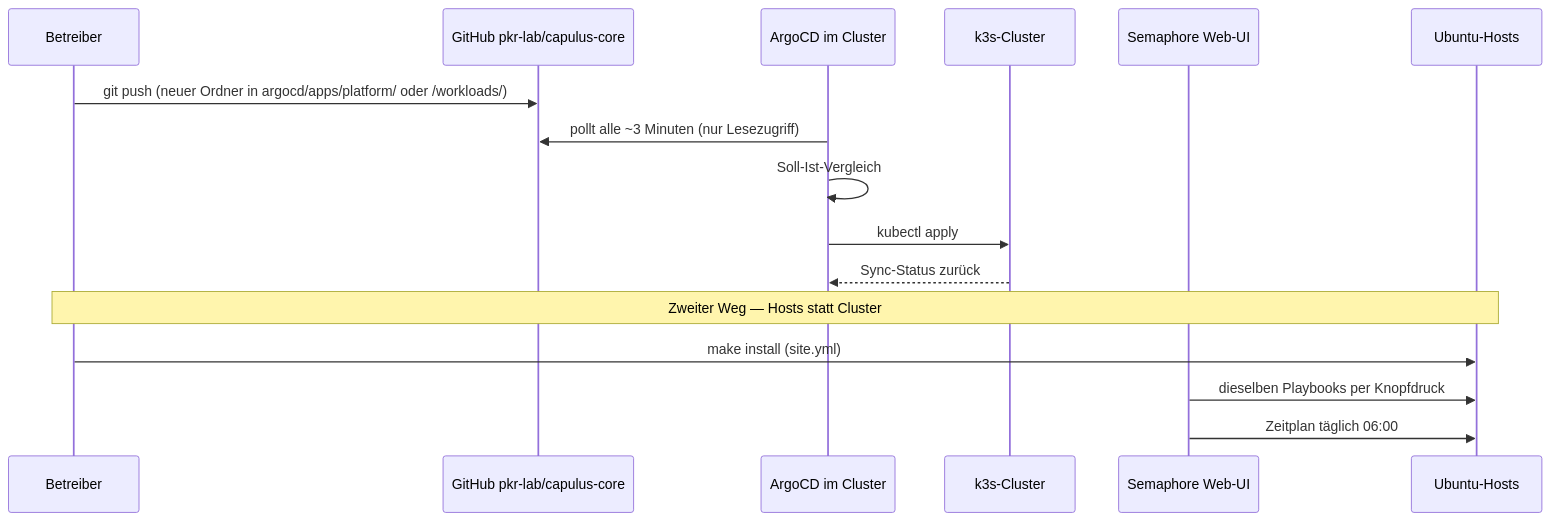
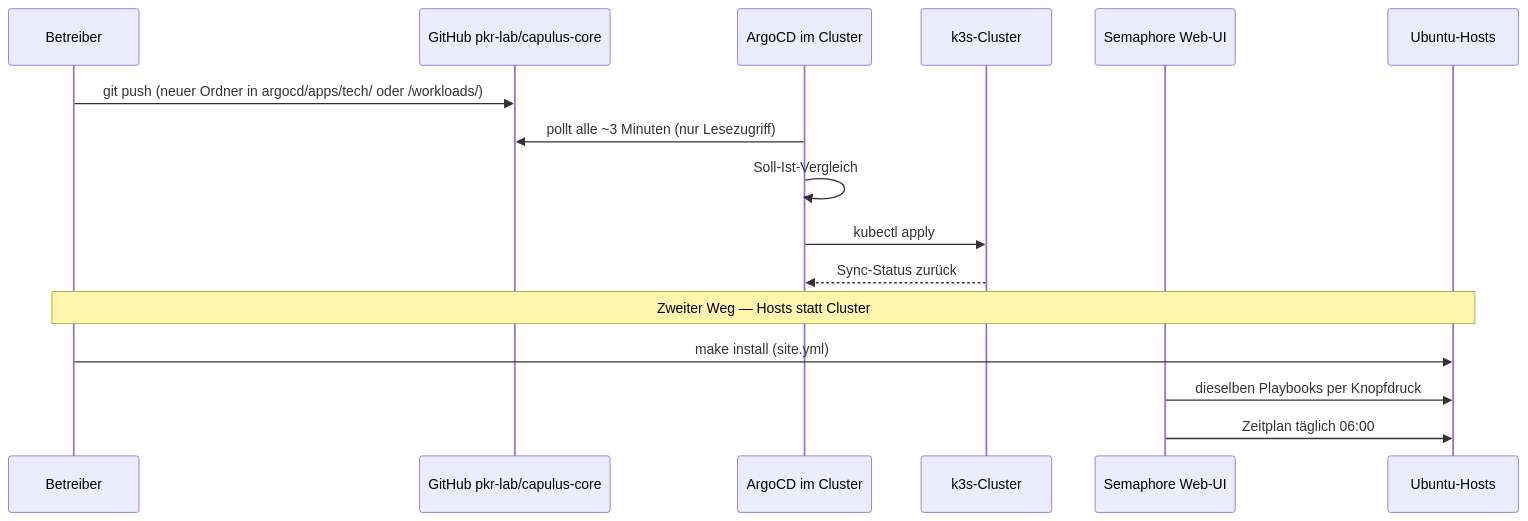
The third of 5 diagrams in docs/a-betriebssystem/a0010-overview.md (pkr-lab/capulus-core), drawn with Mermaid before and after one commit. The commit also changed other lines of this file and 501 other files, not shown here.

First line of the commit message:
refactor: argocd/apps/platform -> tech, workloads aufloesen (ein Projekt/ApplicationSet tech)

````diff
--- a/docs/a-betriebssystem/a0010-overview.md
+++ b/docs/a-betriebssystem/a0010-overview.md
@@ -144,20 +144,20 @@
 ```mermaid
 sequenceDiagram
     participant Dev as Betreiber
     participant Git as GitHub pkr-lab/capulus-core
     participant Argo as ArgoCD im Cluster
     participant K3s as k3s-Cluster
     participant Sem as Semaphore Web-UI
     participant Host as Ubuntu-Hosts
 
-    Dev->>Git: git push (neuer Ordner in argocd/apps/platform/ oder /workloads/)
+    Dev->>Git: git push (neuer Ordner in argocd/apps/tech/ oder /workloads/)
     Argo->>Git: pollt alle ~3 Minuten (nur Lesezugriff)
     Argo->>Argo: Soll-Ist-Vergleich
     Argo->>K3s: kubectl apply
     K3s-->>Argo: Sync-Status zurück
 
     Note over Dev,Host: Zweiter Weg — Hosts statt Cluster
     Dev->>Host: make install (site.yml)
     Sem->>Host: dieselben Playbooks per Knopfdruck
     Sem->>Host: Zeitplan täglich 06:00
 ```
````
